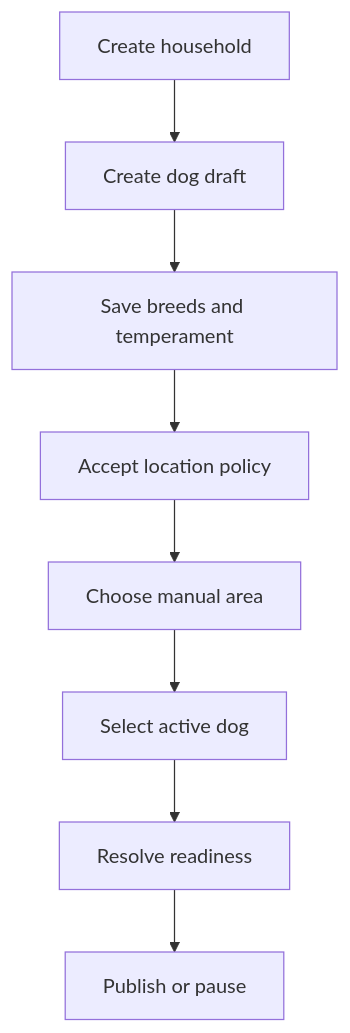
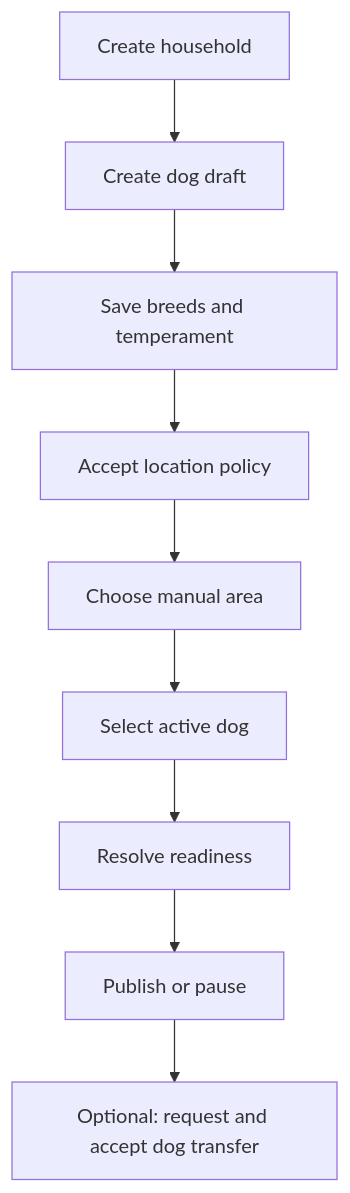
Before and after one commit to thams-geth/dogdating-api: the diagram in docs/handovers/M04.md, drawn with Mermaid. The commit also changed other lines of this file and 16 other files, not shown here.

````diff
--- a/docs/handovers/M04.md
+++ b/docs/handovers/M04.md
@@ -15,18 +15,20 @@
 ```mermaid
 flowchart TD
   S0["Create household"]
   S1["Create dog draft"]
   S2["Save breeds and temperament"]
   S3["Accept location policy"]
   S4["Choose manual area"]
   S5["Select active dog"]
   S6["Resolve readiness"]
   S7["Publish or pause"]
+  S8["Optional: request and accept dog transfer"]
   S0 --> S1
   S1 --> S2
   S2 --> S3
   S3 --> S4
   S4 --> S5
   S5 --> S6
   S6 --> S7
+  S7 --> S8
 ```
````
